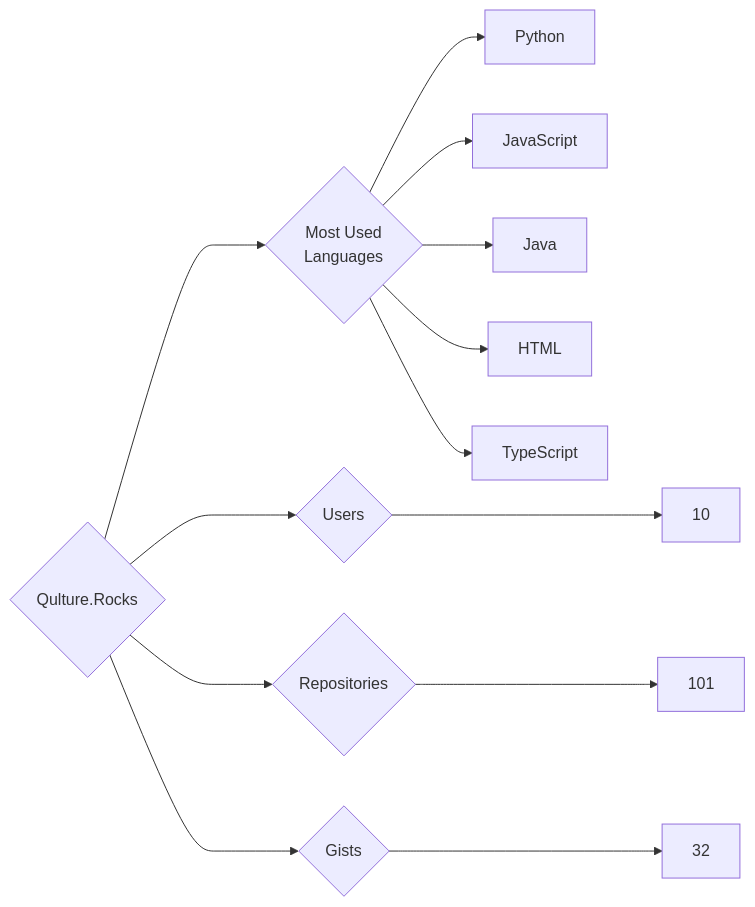
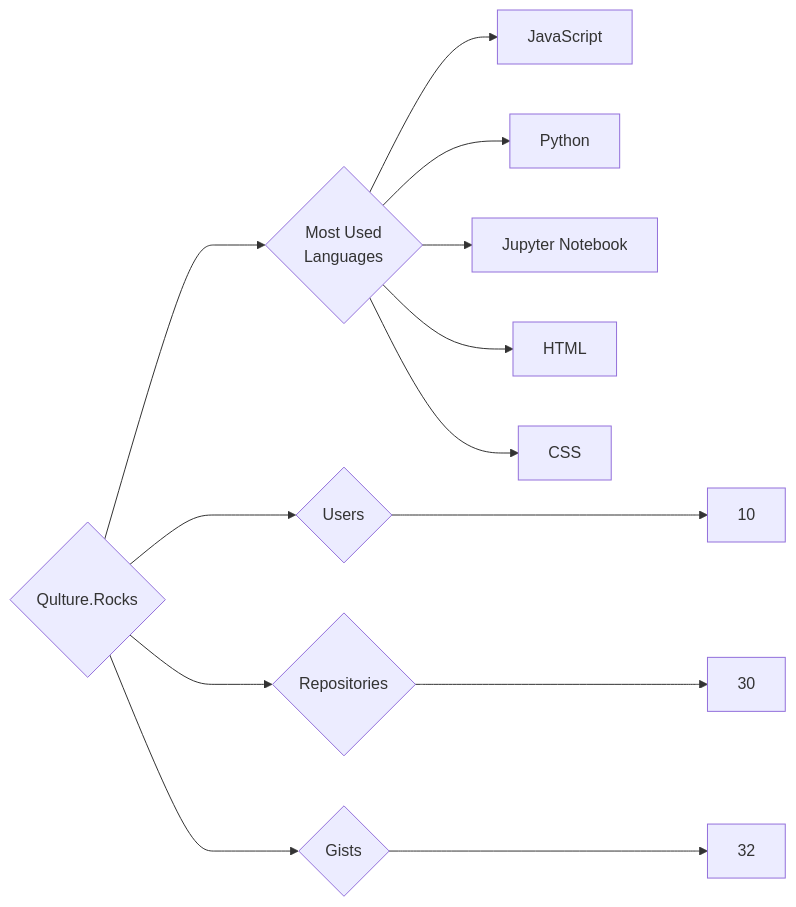
The diagram in targets/Qulture.Rocks/README.md (trickest/insiders), drawn with Mermaid before and after one commit. The commit also changed 871 other files, not shown here.

````diff
--- a/targets/Qulture.Rocks/README.md
+++ b/targets/Qulture.Rocks/README.md
@@ -3,13 +3,13 @@
 ```mermaid
 graph LR
 COMPANY_NAME{Qulture.Rocks}
 COMPANY_NAME ---> U{Users} ---> UN[10]
-COMPANY_NAME ---> R{Repositories} ---> RN[101]
+COMPANY_NAME ---> R{Repositories} ---> RN[30]
 COMPANY_NAME ---> G{Gists} ---> GN[32]
 COMPANY_NAME ---> ML{Most Used<br>Languages}
+ML --> JavaScript[JavaScript]
 ML --> Python[Python]
-ML --> JavaScript[JavaScript]
-ML --> Java[Java]
+ML --> Jupyter_Notebook[Jupyter Notebook]
 ML --> HTML[HTML]
-ML --> TypeScript[TypeScript]
+ML --> CSS[CSS]
 ```
````
